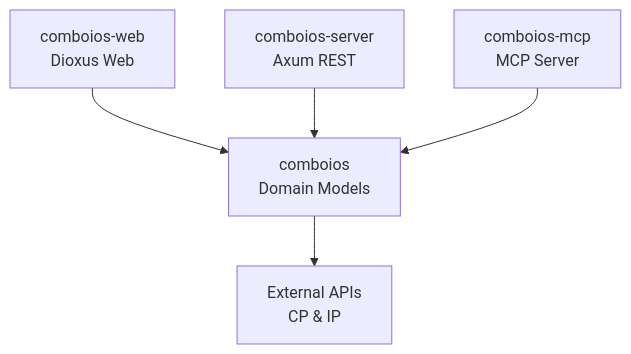
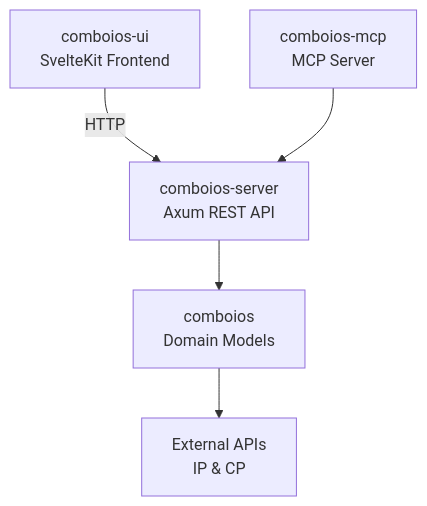
One commit to caiocdcs/comboios-rs changed the diagram in README.md. Above: the diagram before and after it, drawn with Mermaid. The commit also changed other lines of this file and 2 other files, not shown here.

First line of the commit message:
docs: add migration plan and deprecate Dioxus frontend

````diff
--- a/README.md
+++ b/README.md
@@ -154,7 +29,7 @@
 ```mermaid
 graph TD
-    A[comboios-web<br/>Dioxus Web] --> D[comboios<br/>Domain Models]
-    B[comboios-server<br/>Axum REST] --> D
-    C[comboios-mcp<br/>MCP Server] --> D
-    D --> E[External APIs<br/>CP & IP]
+    A[comboios-ui<br/>SvelteKit Frontend] -->|HTTP| B[comboios-server<br/>Axum REST API]
+    C[comboios-mcp<br/>MCP Server] --> B
+    B --> D[comboios<br/>Domain Models]
+    D --> E[External APIs<br/>IP & CP]
 ```
````
